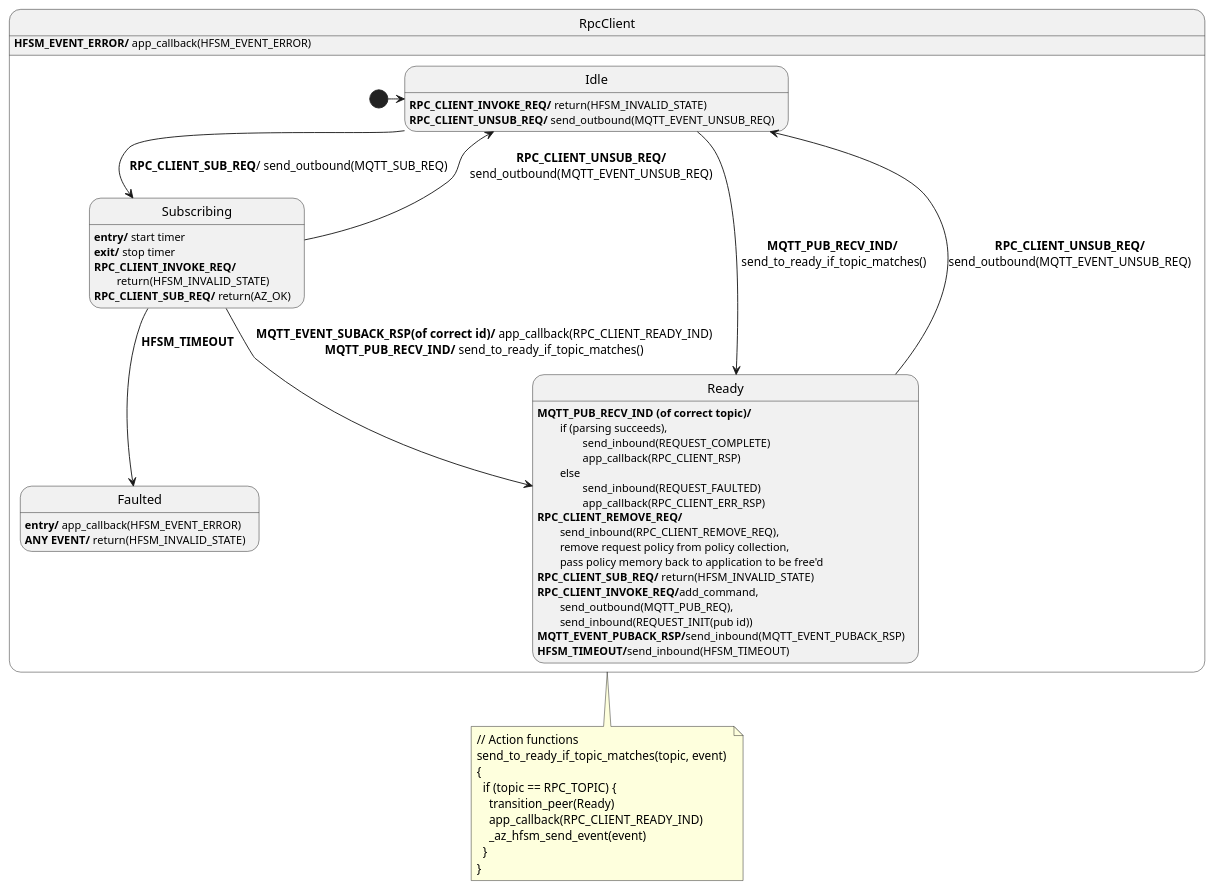
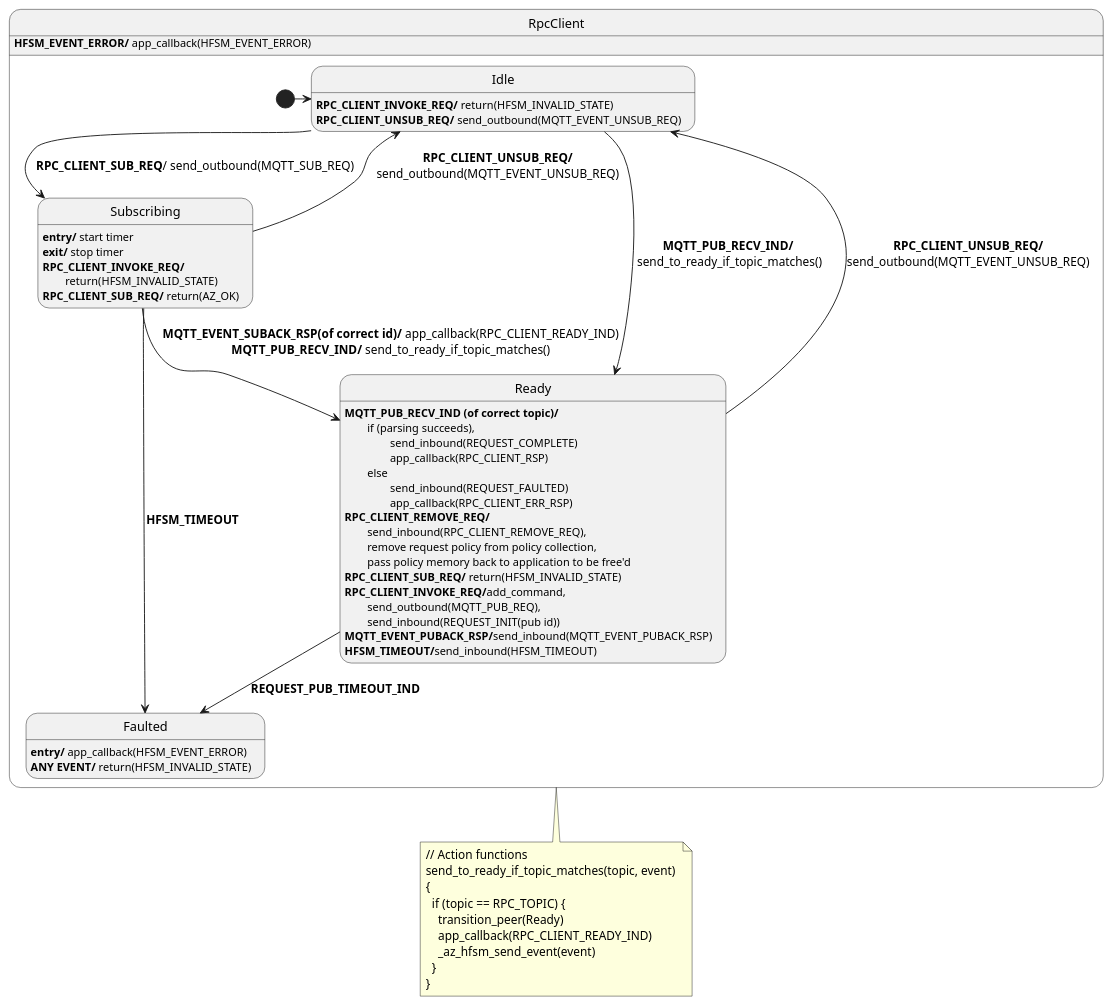
The diagram in sdk/docs/core/resources/mqtt_rpc_client.puml (Azure/azure-sdk-for-c), drawn with PlantUML before and after one commit. The commit also changed 7 other files, not shown here.

Commit message:
rpc client goes to faulted if one of it's request's publishes times out

```diff
--- a/sdk/docs/core/resources/mqtt_rpc_client.puml
+++ b/sdk/docs/core/resources/mqtt_rpc_client.puml
@@ -1,51 +1,52 @@
 @startuml
 ' ignore these as handled outside of this diagram: MQTT_EVENT_CONNECT_REQ, MQTT_EVENT_CONNECT_RSP, MQTT_EVENT_DISCONNECT_REQ, MQTT_EVENT_DISCONNECT_RSP
 ' Assumptions:
 ' 0. Unknown events are forwarded (in their original direction, either inbound or outbound).
 ' 1. If RPC_CLIENT_READY_IND hasn't already been sent, RPC_CLIENT_SUB_REQ is guaranteed to respond with either RPC_CLIENT_READY_IND, or HFSM_EVENT_ERROR if the subscribe request timed out.
 ' 2. RPC_CLIENT_READY_IND will not be sent more than once unless the client unsubscribes or gets unsubscribed.
 ' 3. app_callback, send_inbound, send_outbound are used to send information to the app, request policy collection, and network respectively.
 
 state RpcClient {
   state Idle
   Idle : <b>RPC_CLIENT_INVOKE_REQ/</b> return(HFSM_INVALID_STATE)
   Idle : <b>RPC_CLIENT_UNSUB_REQ/</b> send_outbound(MQTT_EVENT_UNSUB_REQ)
 
   state Faulted
   Faulted : <b>entry/</b> app_callback(HFSM_EVENT_ERROR)
   Faulted : <b>ANY EVENT/</b> return(HFSM_INVALID_STATE)
     
   state Subscribing
   Subscribing : <b>entry/</b> start timer
   Subscribing : <b>exit/</b> stop timer
   Subscribing : <b>RPC_CLIENT_INVOKE_REQ/</b>\n\treturn(HFSM_INVALID_STATE)
   Subscribing : <b>RPC_CLIENT_SUB_REQ/</b> return(AZ_OK) 
 
   [*] -> Idle
   Idle --> Subscribing : <b>RPC_CLIENT_SUB_REQ</b>/ send_outbound(MQTT_SUB_REQ)
   Idle --> Ready : <b>MQTT_PUB_RECV_IND/</b>\n send_to_ready_if_topic_matches()
   Subscribing --> Faulted : <b>HFSM_TIMEOUT</b>
   Subscribing --> Ready : <b>MQTT_EVENT_SUBACK_RSP(of correct id)/</b> app_callback(RPC_CLIENT_READY_IND)\n<b>MQTT_PUB_RECV_IND/</b> send_to_ready_if_topic_matches()
   Ready --> Idle : <b>RPC_CLIENT_UNSUB_REQ/</b>\nsend_outbound(MQTT_EVENT_UNSUB_REQ)
   Subscribing --> Idle : <b>RPC_CLIENT_UNSUB_REQ/</b>\nsend_outbound(MQTT_EVENT_UNSUB_REQ)
+  Ready --> Faulted : <b>REQUEST_PUB_TIMEOUT_IND</b>
 
   Ready : <b>MQTT_PUB_RECV_IND (of correct topic)/</b>\n\tif (parsing succeeds),\n\t\tsend_inbound(REQUEST_COMPLETE)\n\t\tapp_callback(RPC_CLIENT_RSP)\n\telse\n\t\tsend_inbound(REQUEST_FAULTED)\n\t\tapp_callback(RPC_CLIENT_ERR_RSP)
   Ready : <b>RPC_CLIENT_REMOVE_REQ/</b>\n\tsend_inbound(RPC_CLIENT_REMOVE_REQ),\n\tremove request policy from policy collection,\n\tpass policy memory back to application to be free'd
   Ready : <b>RPC_CLIENT_SUB_REQ/</b> return(HFSM_INVALID_STATE)
   Ready : <b>RPC_CLIENT_INVOKE_REQ/</b>add_command,\n\tsend_outbound(MQTT_PUB_REQ),\n\tsend_inbound(REQUEST_INIT(pub id))
   Ready : <b>MQTT_EVENT_PUBACK_RSP/</b>send_inbound(MQTT_EVENT_PUBACK_RSP)
   Ready : <b>HFSM_TIMEOUT/</b>send_inbound(HFSM_TIMEOUT)
 }
 RpcClient : <b>HFSM_EVENT_ERROR/</b> app_callback(HFSM_EVENT_ERROR)
 note bottom of RpcClient
   // Action functions
   send_to_ready_if_topic_matches(topic, event) 
   {
     if (topic == RPC_TOPIC) {
       transition_peer(Ready)
       app_callback(RPC_CLIENT_READY_IND)
       _az_hfsm_send_event(event)
     }
   }
 end note
 @enduml
```
